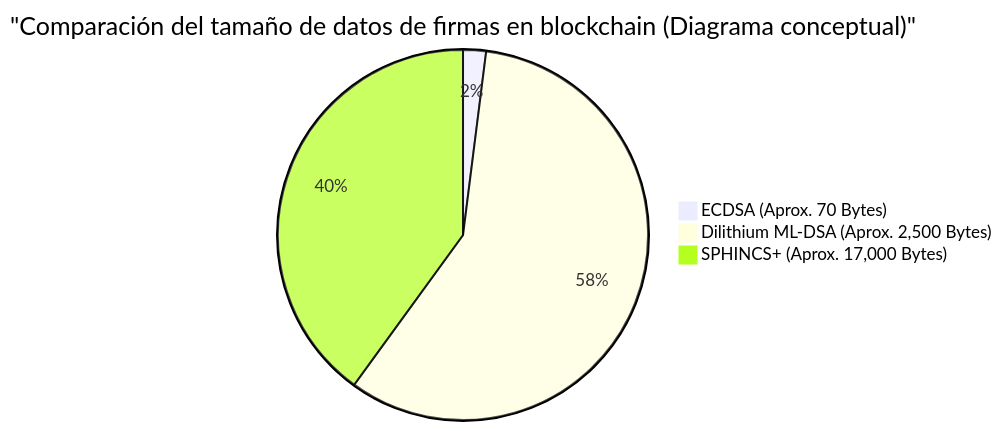
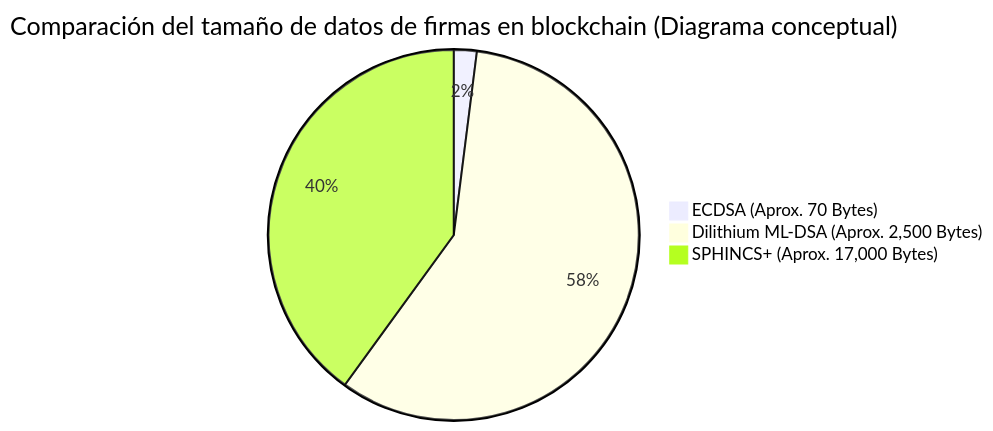
One commit to kenjinote/blog changed the third of 3 diagrams in content/post/ポスト量子時代のブロックチェーン/index.es.md. Above: the diagram before and after it, drawn with Mermaid. The commit also changed other lines of this file and 703 other files, not shown here.

Commit message:
Fix: Remove quotes from Mermaid link texts and timeline definitions to support Mermaid 11.4.1

````diff
--- a/content/post/ポスト量子時代のブロックチェーン/index.es.md
+++ b/content/post/ポスト量子時代のブロックチェーン/index.es.md
@@ -277,6 +277,6 @@
 ```mermaid
-pie title "Comparación del tamaño de datos de firmas en blockchain (Diagrama conceptual)"
+pie title Comparación del tamaño de datos de firmas en blockchain (Diagrama conceptual)
     "ECDSA (Aprox. 70 Bytes)" : 2
     "Dilithium ML-DSA (Aprox. 2,500 Bytes)" : 58
     "SPHINCS+ (Aprox. 17,000 Bytes)" : 40
 ```
````
